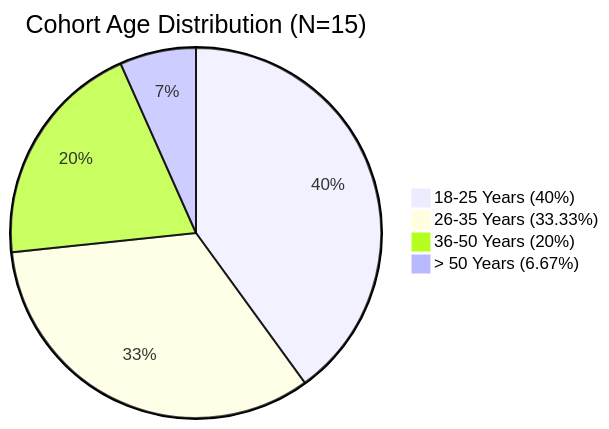
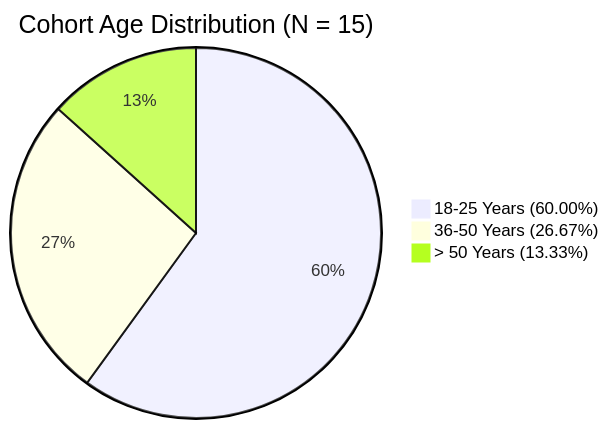
The second of 4 diagrams in docs/figures/03_chapter_3_dataset_and_demographics.md (Thes-IS-IT/Easylens), drawn with Mermaid before and after one commit. The commit also changed other lines of this file, not shown here.

Commit message:
docs: update Chapter 3 demographics and expert cohort tables with exact manuscript data from Table 3.2 and Table 3.3

````diff
--- a/docs/figures/03_chapter_3_dataset_and_demographics.md
+++ b/docs/figures/03_chapter_3_dataset_and_demographics.md
@@ -88,7 +109,6 @@
 ```mermaid
-pie title Cohort Age Distribution (N=15)
-    "18-25 Years (40%)" : 6
-    "26-35 Years (33.33%)" : 5
-    "36-50 Years (20%)" : 3
-    "> 50 Years (6.67%)" : 1
+pie title Cohort Age Distribution (N = 15)
+    "18-25 Years (60.00%)" : 9
+    "36-50 Years (26.67%)" : 4
+    "> 50 Years (13.33%)" : 2
 ```
````
